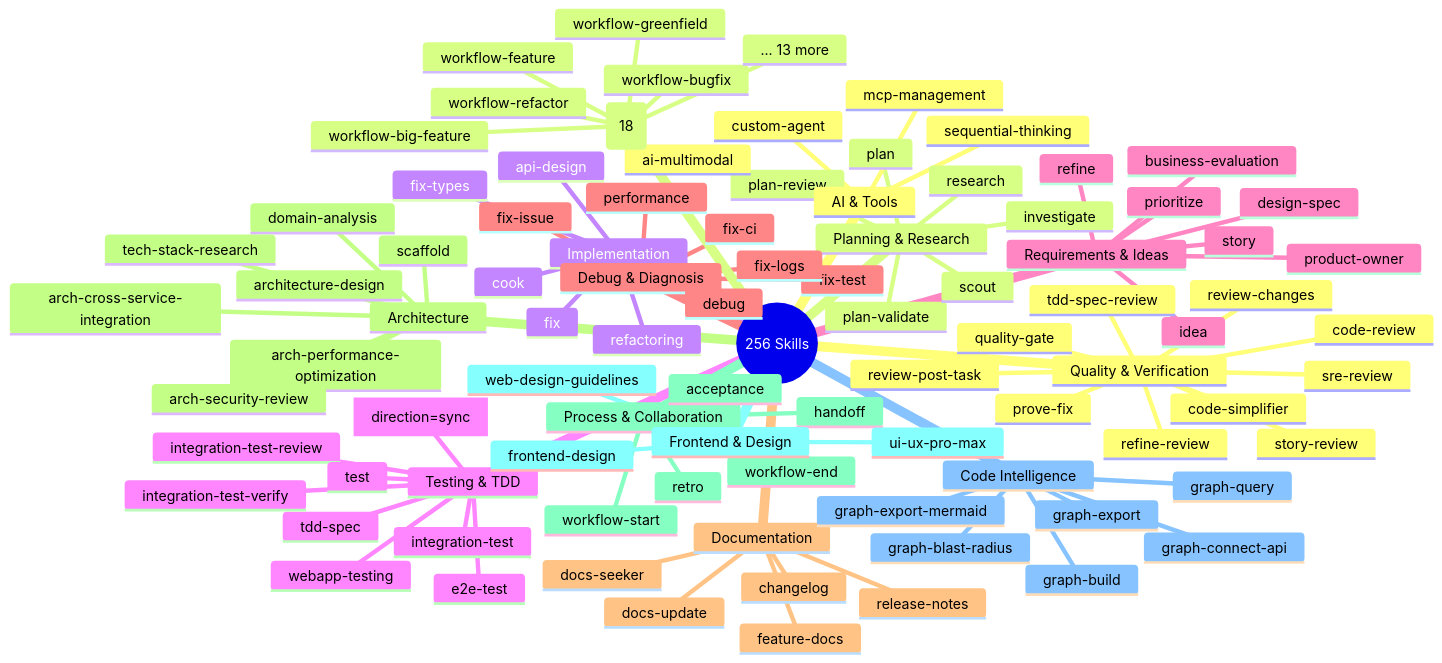
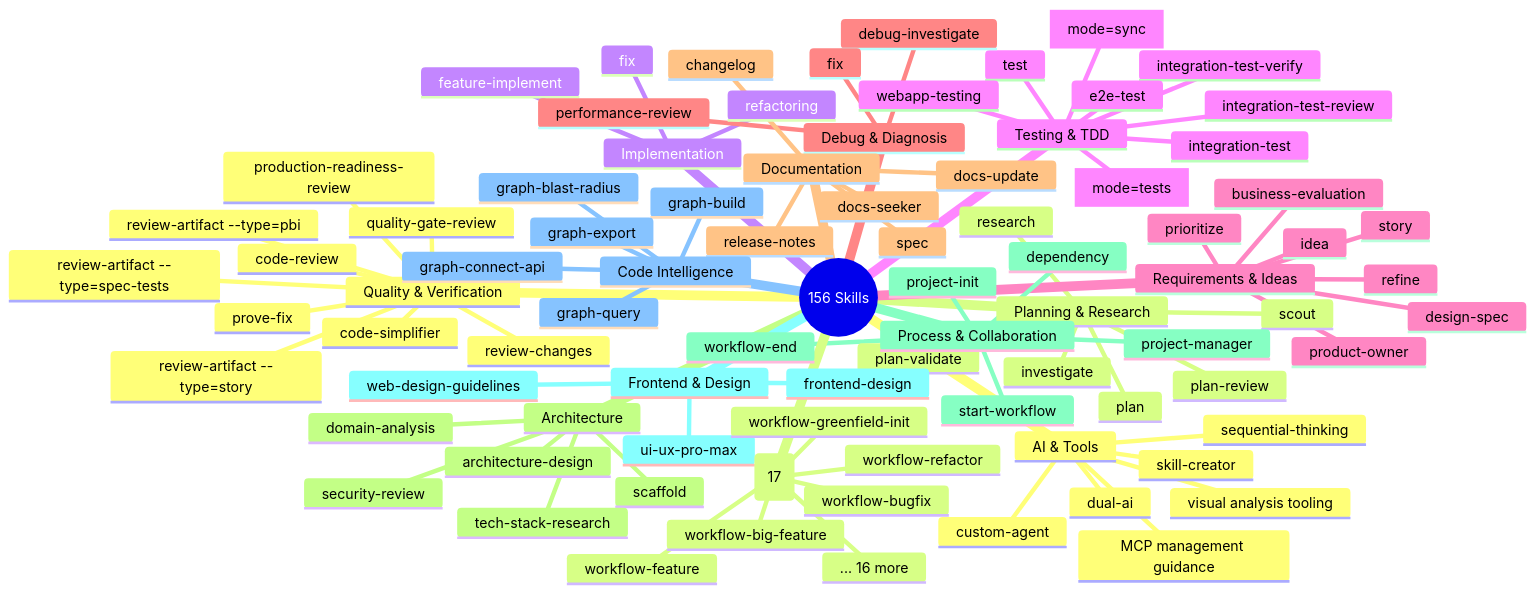
One commit to duc01226/EasyPlatform changed the fifth of 20 diagrams in .claude/docs/claude-ai-agent-framework-guide.md. Above: the diagram before and after it, drawn with Mermaid. The commit also changed other lines of this file and 1280 other files, not shown here.

````diff
--- a/.claude/docs/claude-ai-agent-framework-guide.md
+++ b/.claude/docs/claude-ai-agent-framework-guide.md
@@ -464,17 +459,16 @@
 ```mermaid
 mindmap
-  root((256 Skills))
+  root((156 Skills))
     Quality & Verification
       code-review
       prove-fix
-      quality-gate
+      quality-gate-review
       review-changes
-      review-post-task
       code-simplifier
-      sre-review
-      refine-review
-      story-review
-      tdd-spec-review
+      production-readiness-review
+      review-artifact --type=pbi
+      review-artifact --type=story
+      review-artifact --type=spec-tests
     Planning & Research
       plan
       plan-review
@@ -483,18 +477,16 @@
       scout
       research
     Implementation
-      cook
+      feature-implement
       fix
-      fix-types
       refactoring
-      api-design
     Testing & TDD
-      tdd-spec
+      spec [mode=tests]
       integration-test
       integration-test-review
       integration-test-verify
       e2e-test
-      tdd-spec [direction=sync]
+      spec [mode=sync]
       test
       webapp-testing
     Requirements & Ideas
@@ -506,32 +498,27 @@
       product-owner
       design-spec
     Debug & Diagnosis
-      debug
-      fix-issue
-      fix-ci
-      fix-test
-      fix-logs
-      performance
+      debug-investigate
+      fix
+      performance-review
     Documentation
-      feature-docs
+      spec
       docs-update
       changelog
       release-notes
       docs-seeker
     Architecture
-      arch-cross-service-integration
-      arch-performance-optimization
-      arch-security-review
+      security-review
       architecture-design
       domain-analysis
       scaffold
       tech-stack-research
     Process & Collaboration
-      workflow-start
+      start-workflow
       workflow-end
-      handoff
-      acceptance
-      retro
+      project-init
+      project-manager
+      dependency
     Frontend & Design
       frontend-design
       ui-ux-pro-max
@@ -541,18 +528,19 @@
       graph-blast-radius
       graph-query
       graph-export
-      graph-export-mermaid
       graph-connect-api
     AI & Tools
       sequential-thinking
-      ai-multimodal
+      visual analysis tooling
       custom-agent
-      mcp-management
-    Workflow Triggers (18)
+      MCP management guidance
+      skill-creator
+      dual-ai
+    Workflow Triggers (17)
       workflow-feature
       workflow-big-feature
       workflow-bugfix
-      workflow-greenfield
+      workflow-greenfield-init
       workflow-refactor
-      ... 13 more
+      ... 16 more
 ```
````
